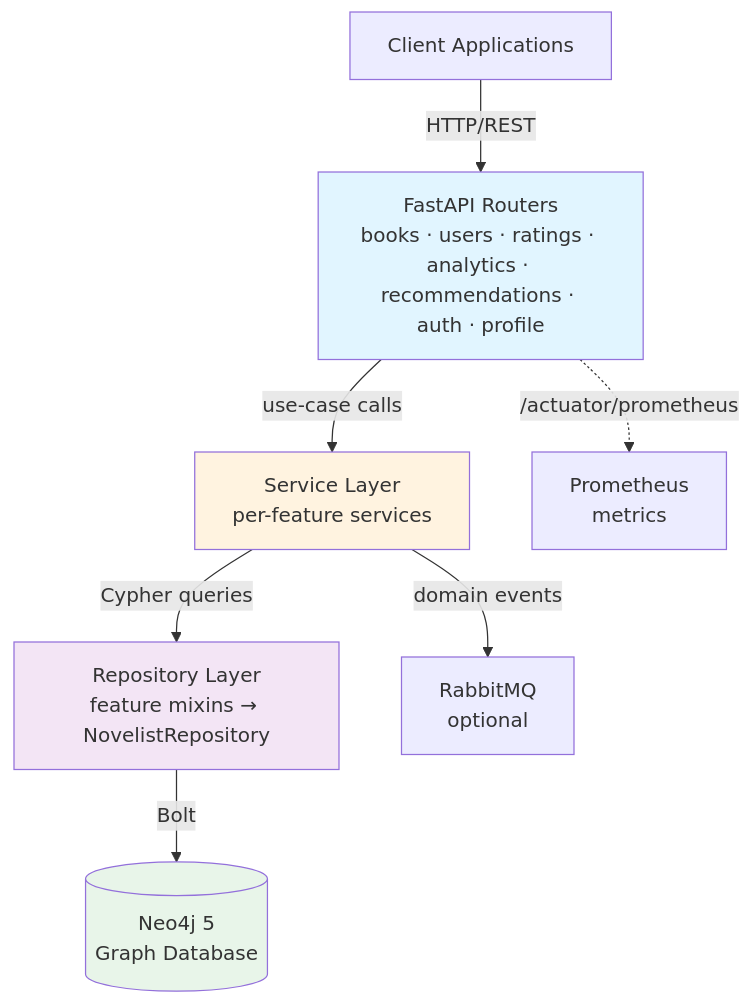
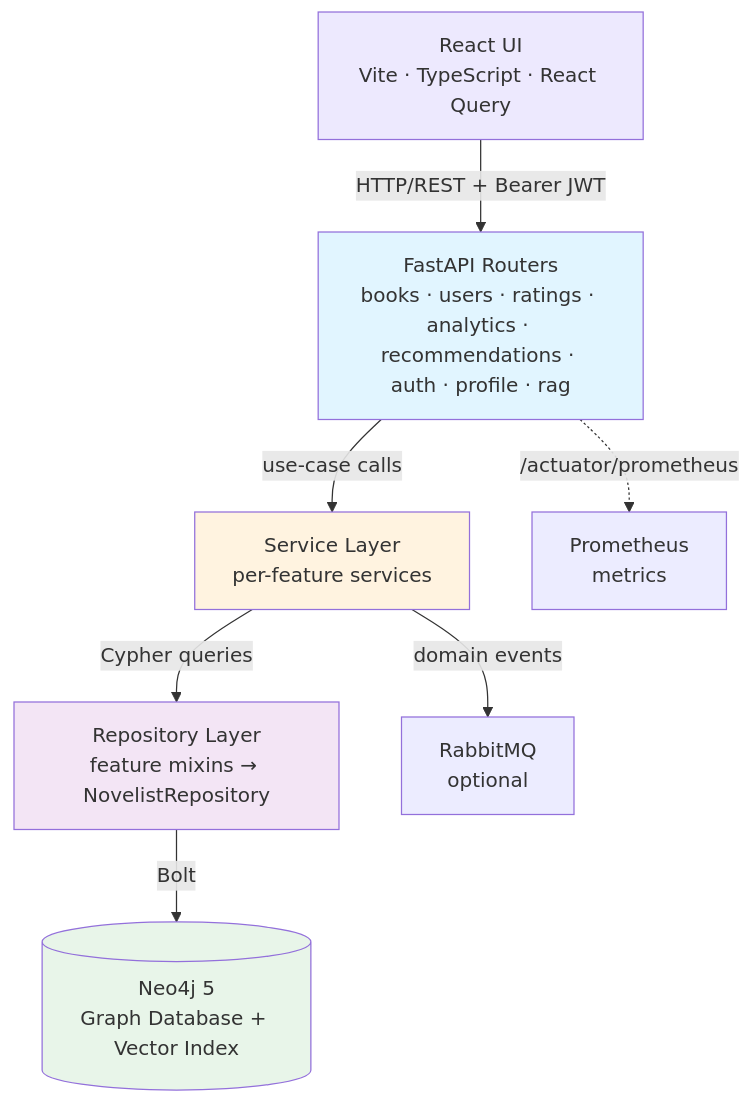
One commit to princenitc/Novelist changed the first of 3 diagrams in spec/ARCHITECTURE.md. Above: the diagram before and after it, drawn with Mermaid. The commit also changed other lines of this file and 2 other files, not shown here.

````diff
--- a/spec/ARCHITECTURE.md
+++ b/spec/ARCHITECTURE.md
@@ -32,22 +32,23 @@
 ```mermaid
 graph TB
-    Client[Client Applications]
-    API[FastAPI Routers<br/>books · users · ratings · analytics · recommendations · auth · profile]
+    UI[React UI<br/>Vite · TypeScript · React Query]
+    API[FastAPI Routers<br/>books · users · ratings · analytics · recommendations · auth · profile · rag]
     Service[Service Layer<br/>per-feature services]
     Repo[Repository Layer<br/>feature mixins → NovelistRepository]
-    Neo4j[(Neo4j 5<br/>Graph Database)]
+    Neo4j[(Neo4j 5<br/>Graph Database + Vector Index)]
     MQ[RabbitMQ<br/>optional]
     Prometheus[Prometheus<br/>metrics]
 
-    Client -->|HTTP/REST| API
+    UI -->|HTTP/REST + Bearer JWT| API
     API -->|use-case calls| Service
     Service -->|Cypher queries| Repo
     Repo -->|Bolt| Neo4j
     Service -->|domain events| MQ
     API -.->|/actuator/prometheus| Prometheus
 
+    style UI fill:#ede9fe
     style API fill:#e1f5ff
     style Service fill:#fff3e0
     style Repo fill:#f3e5f5
     style Neo4j fill:#e8f5e9
 ```
````
